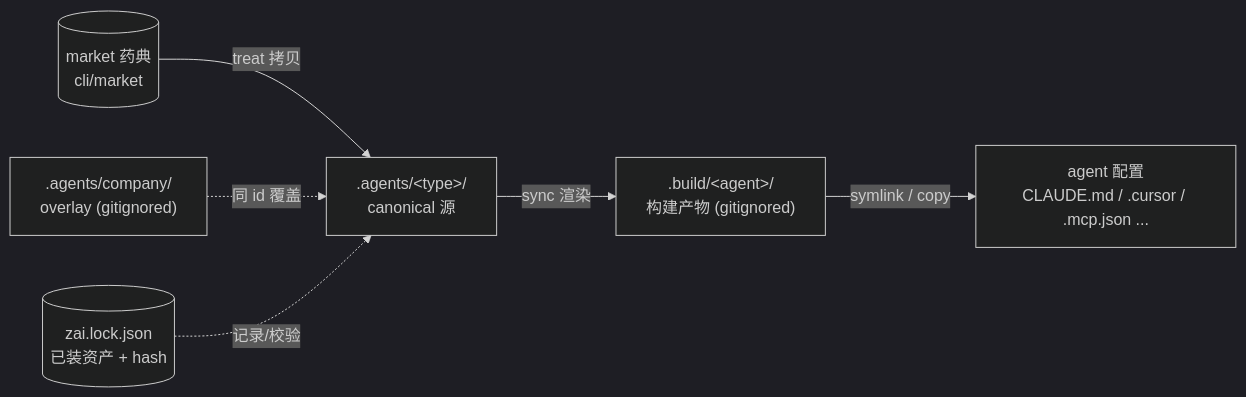
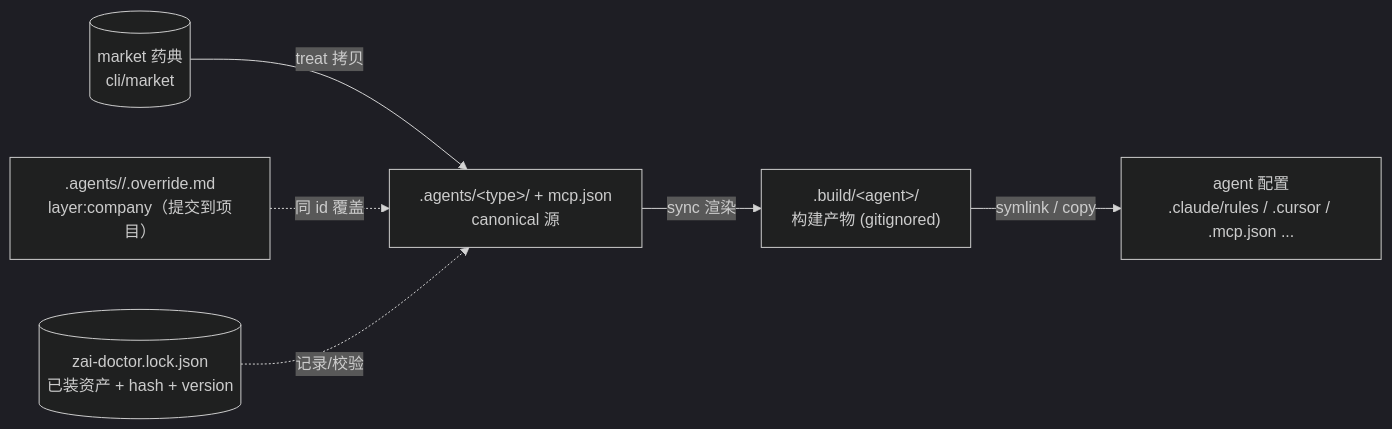
One commit to ziangtin/zt-ai-doctor changed the second of 6 diagrams in docs/guides/ARCHITECTURE.md. Above: the diagram before and after it, drawn with Mermaid (dark theme). The commit also changed other lines of this file and 40 other files, not shown here.

````diff
--- a/docs/guides/ARCHITECTURE.md
+++ b/docs/guides/ARCHITECTURE.md
@@ -45,15 +45,15 @@
 ```mermaid
 flowchart LR
     M[("market 药典<br/>cli/market")]
-    CO[".agents/company/<br/>overlay (gitignored)"]
-    A[".agents/&lt;type&gt;/<br/>canonical 源"]
+    CO[".agents/<type>/<id>.override.md<br/>layer:company（提交到项目）"]
+    A[".agents/&lt;type&gt;/ + mcp.json<br/>canonical 源"]
     B[".build/&lt;agent&gt;/<br/>构建产物 (gitignored)"]
-    T["agent 配置<br/>CLAUDE.md / .cursor / .mcp.json ..."]
-    L[("zai.lock.json<br/>已装资产 + hash")]
+    T["agent 配置<br/>.claude/rules / .cursor / .mcp.json ..."]
+    L[("zai-doctor.lock.json<br/>已装资产 + hash + version")]
 
     M -- "treat 拷贝" --> A
     CO -. "同 id 覆盖" .-> A
     A -- "sync 渲染" --> B
     B -- "symlink / copy" --> T
     L -. "记录/校验" .-> A
 ```
````
